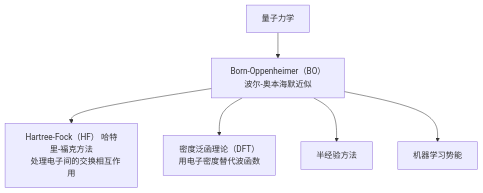
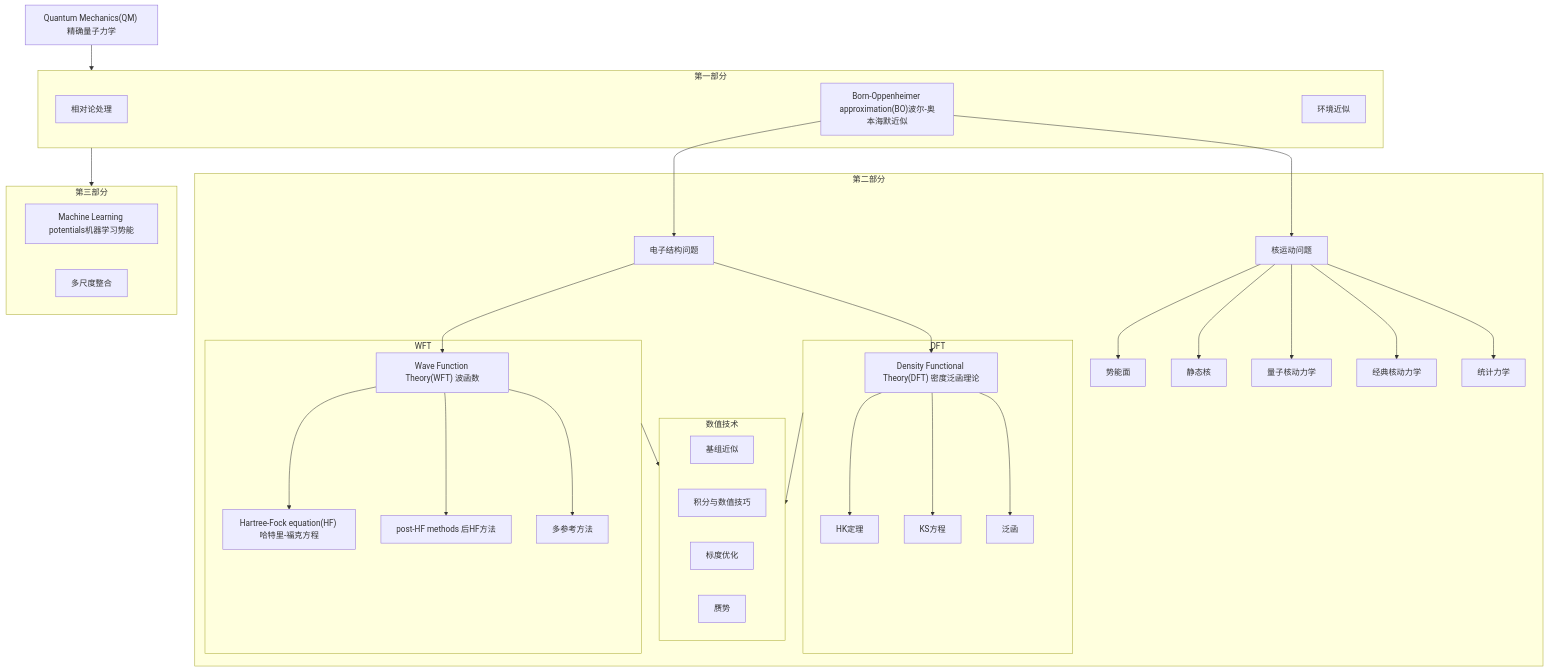
The diagram in src/posts/Chem/量子力学.md (Submarine1234-gpt/Web), drawn with Mermaid before and after one commit. The commit also changed other lines of this file and 5 other files, not shown here.

````diff
--- a/src/posts/Chem/量子力学.md
+++ b/src/posts/Chem/量子力学.md
@@ -10,12 +10,55 @@
 ```mermaid
 flowchart TD
-    A[量子力学]
-    B[Born-Oppenheimer（BO）波尔-奥本海默近似]
-    C[Hartree-Fock（HF） 哈特里-福克方法
-    处理电子间的交换相互作用]
-    D[密度泛函理论（DFT）
-    用电子密度替代波函数]
-    E[半经验方法]
-    F[机器学习势能]
-    A --> B --> C & D & E & F
+    A["Quantum Mechanics(QM) 精确量子力学"]
+subgraph 第一部分
+    B[相对论处理]
+    C["Born-Oppenheimer approximation(BO)波尔-奥本海默近似"]
+    D[环境近似]
+end
+subgraph 第二部分
+    C1[电子结构问题]
+    subgraph WFT
+    C11["Wave Function Theory(WFT) 波函数"]
+    C111["Hartree-Fock equation(HF) 哈特里-福克方程"]
+    C112[post-HF methods 后HF方法]
+    C113[多参考方法]
+    end
+    subgraph DFT
+    C12["Density Functional Theory(DFT) 密度泛函理论"]
+    C121[HK定理]
+    C122[KS方程]
+    C123[泛函]
+    end
+subgraph 数值技术
+    D1[基组近似]
+    D2[积分与数值技巧]
+    D3[标度优化]
+    D4[赝势]
+end
+
+
+
+    C2[核运动问题]
+    C21[势能面]
+    C22[静态核]
+    C23[量子核动力学]
+    C24[经典核动力学]
+    C25[统计力学]
+end
+
+subgraph 第三部分
+    E[Machine Learning potentials机器学习势能]
+    F[多尺度整合]
+end
+
+    A --> 第一部分
+    C --> C1 & C2
+    C1 --> C11 & C12
+    C11 --> C111 & C112 & C113
+    C12 --> C121 & C122 & C123
+    C2 --> C21 & C22 & C23 & C24 & C25
+    
+    WFT & DFT --> 数值技术
+    第一部分 --> 第三部分
+    
 ```
````
